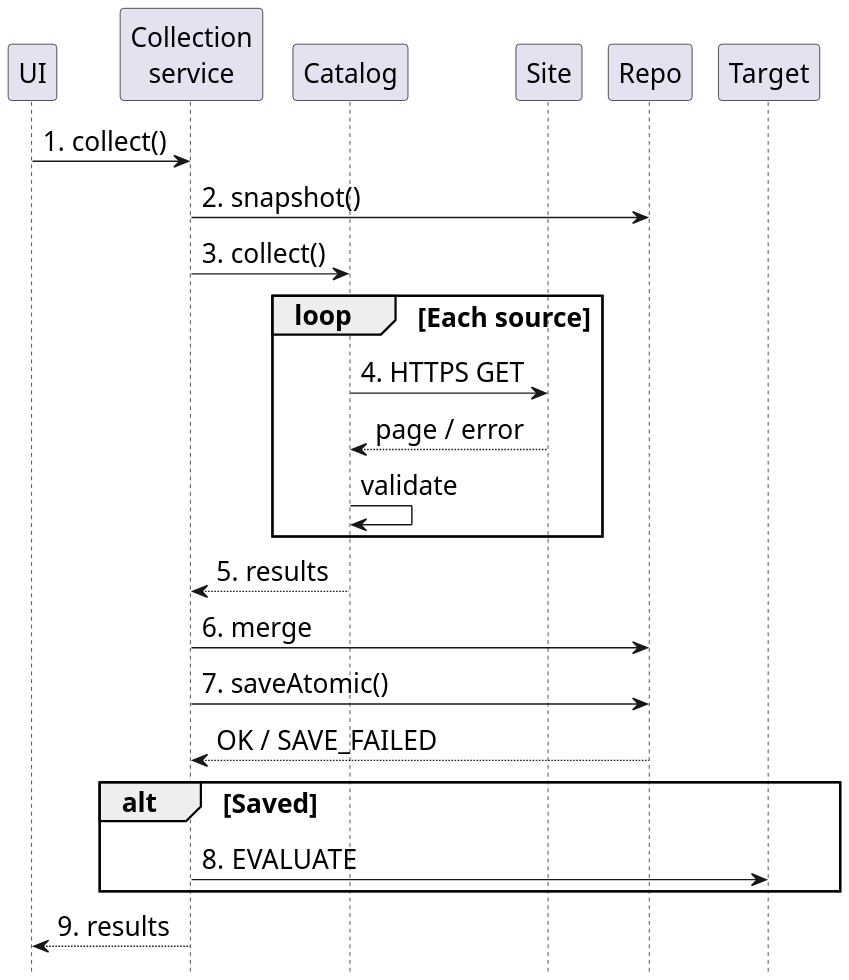
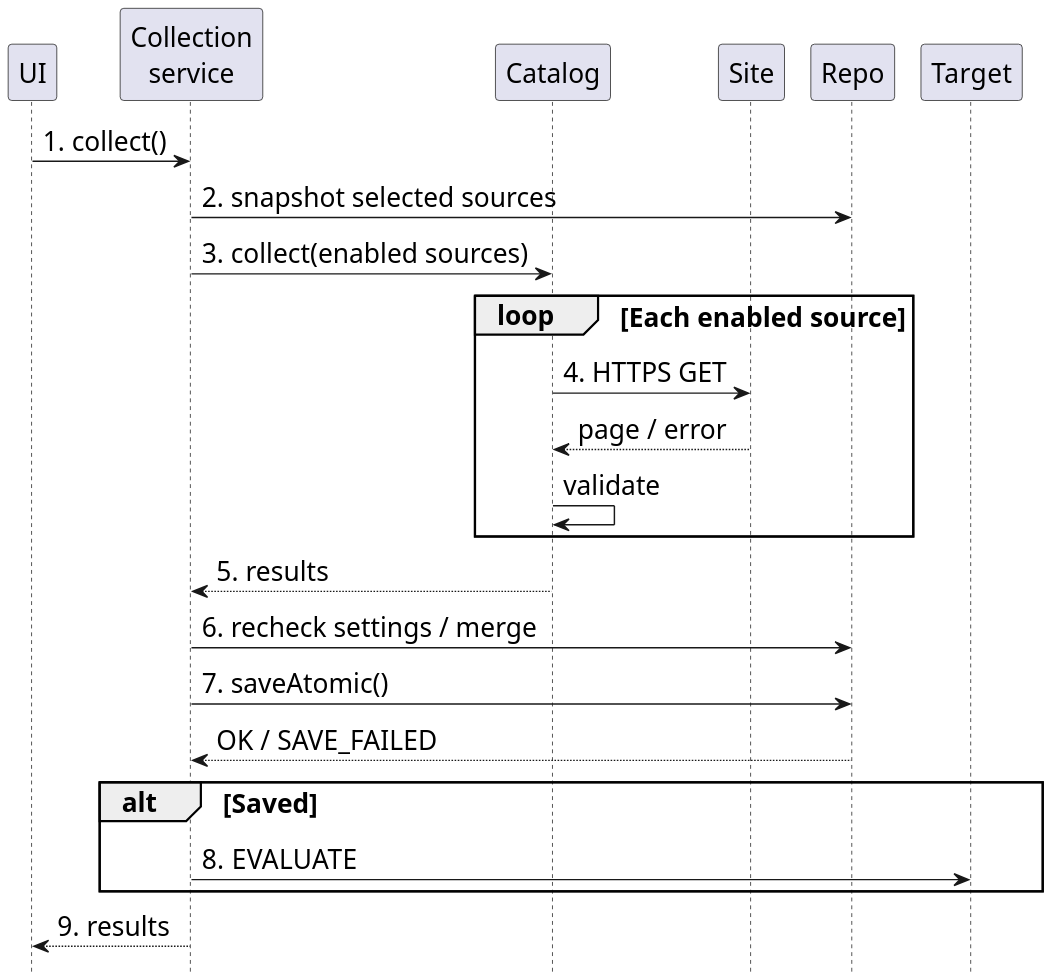
The diagram in doc/sequence-collection.puml (hyeonsu-test/smart-grocery-ledger), drawn with PlantUML before and after one commit. The commit also changed 66 other files, not shown here.

```diff
--- a/doc/sequence-collection.puml
+++ b/doc/sequence-collection.puml
@@ -1,30 +1,30 @@
 @startuml
 skinparam dpi 180
 skinparam defaultFontName Arial
 skinparam defaultFontSize 18
 skinparam shadowing false
 skinparam ParticipantPadding 4
 hide footbox
 participant UI
 participant "Collection\nservice" as Service
 participant Catalog as Collector
 participant Site
 participant Repo
 participant Target
 UI -> Service : 1. collect()
-Service -> Repo : 2. snapshot()
-Service -> Collector : 3. collect()
-loop Each source
+Service -> Repo : 2. snapshot selected sources
+Service -> Collector : 3. collect(enabled sources)
+loop Each enabled source
 Collector -> Site : 4. HTTPS GET
 Site --> Collector : page / error
 Collector -> Collector : validate
 end
 Collector --> Service : 5. results
-Service -> Repo : 6. merge
+Service -> Repo : 6. recheck settings / merge
 Service -> Repo : 7. saveAtomic()
 Repo --> Service : OK / SAVE_FAILED
 alt Saved
 Service -> Target : 8. EVALUATE
 end
 Service --> UI : 9. results
 @enduml
```
